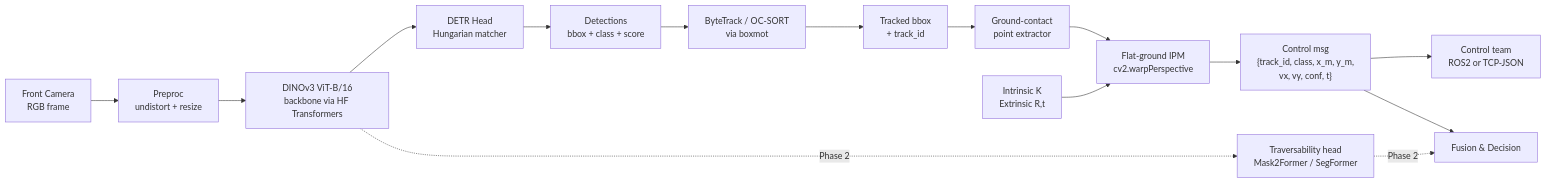
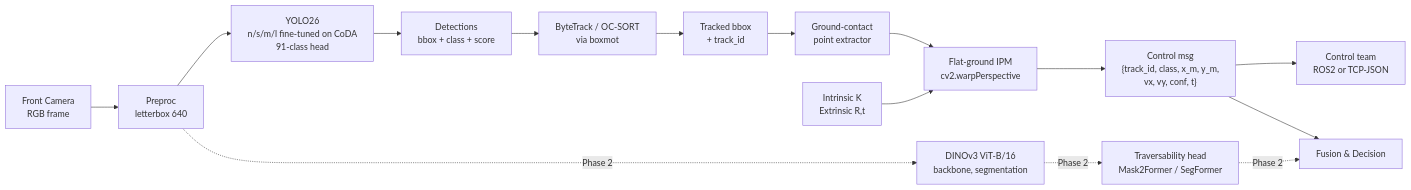
The diagram in README.md (DCUSnSLab/SCVTerraVision), drawn with Mermaid before and after one commit. The commit also changed other lines of this file and 18 other files, not shown here.

First line of the commit message:
Phase 1-3 신설 — Ultralytics YOLO26 fine-tune 라인 (코드 작성, 학습 미실행)

````diff
--- a/README.md
+++ b/README.md
@@ -43,17 +43,17 @@
 ```mermaid
 flowchart LR
-    CAM[Front Camera<br/>RGB frame] --> PRE[Preproc<br/>undistort + resize]
-    PRE --> BB[DINOv3 ViT-B/16<br/>backbone via HF Transformers]
-    BB --> HEAD[DETR Head<br/>Hungarian matcher]
-    HEAD --> DET["Detections<br/>bbox + class + score"]
+    CAM[Front Camera<br/>RGB frame] --> PRE[Preproc<br/>letterbox 640]
+    PRE --> YOLO[YOLO26<br/>n/s/m/l fine-tuned on CoDA<br/>91-class head]
+    YOLO --> DET["Detections<br/>bbox + class + score"]
     DET --> TRK[ByteTrack / OC-SORT<br/>via boxmot]
     TRK --> TRKOUT["Tracked bbox<br/>+ track_id"]
     TRKOUT --> FOOT[Ground-contact<br/>point extractor]
     CALIB[Intrinsic K<br/>Extrinsic R,t] --> IPM
     FOOT --> IPM[Flat-ground IPM<br/>cv2.warpPerspective]
     IPM --> OUT["Control msg<br/>{track_id, class, x_m, y_m,<br/>vx, vy, conf, t}"]
     OUT --> CTRL[Control team<br/>ROS2 or TCP-JSON]
-    BB -. Phase 2 .-> SEG[Traversability head<br/>Mask2Former / SegFormer]
+    PRE -. Phase 2 .-> DINO[DINOv3 ViT-B/16<br/>backbone, segmentation]
+    DINO -. Phase 2 .-> SEG[Traversability head<br/>Mask2Former / SegFormer]
     SEG -. Phase 2 .-> FUSE[Fusion & Decision]
     OUT --> FUSE
 ```
````
